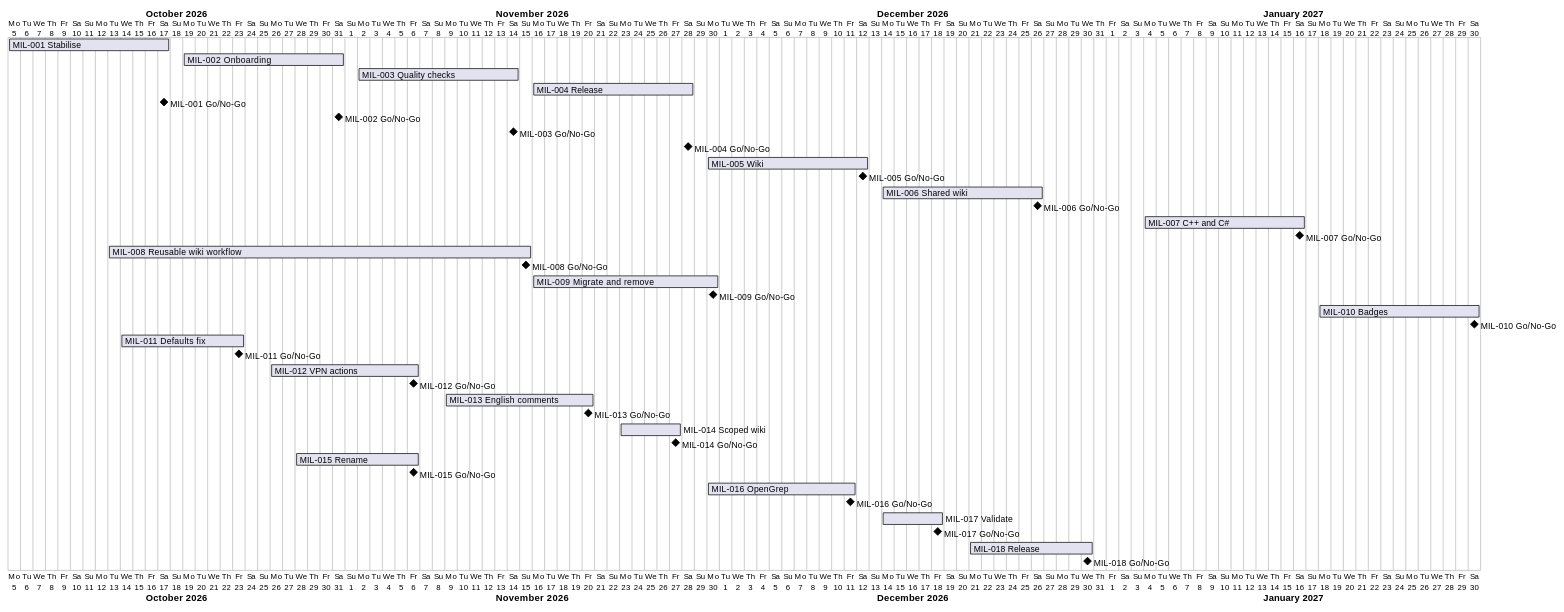
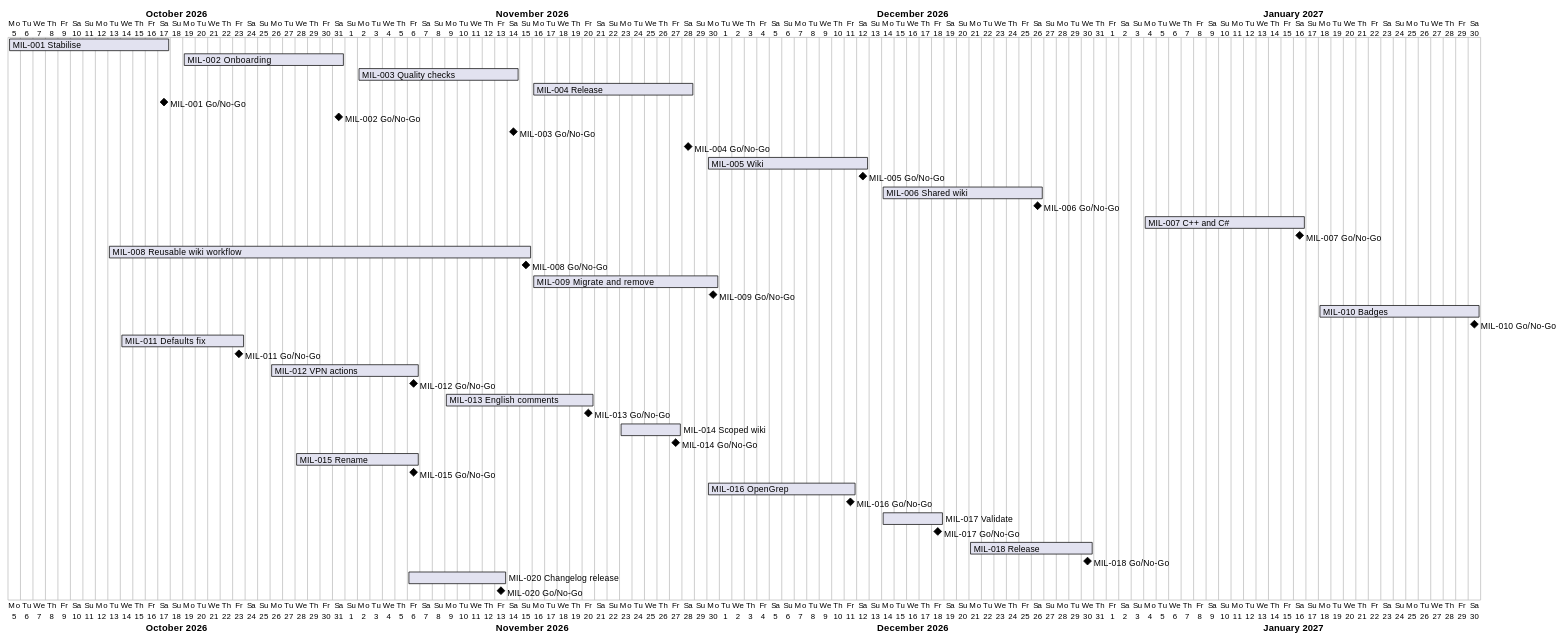
One commit to TirSystem/git-workflows changed the diagram in docs/project-plan.md. Above: the diagram before and after it, drawn with PlantUML. The commit also changed other lines of this file and 5 other files, not shown here.

Commit message:
Plan MIL-020: release when the changelog changes

````diff
--- a/docs/project-plan.md
+++ b/docs/project-plan.md
@@ -61,41 +63,43 @@
 ```plantuml
 @startgantt
 Project starts 2026-10-05
 [MIL-001 Stabilise] starts 2026-10-05 and ends 2026-10-17
 [MIL-002 Onboarding] starts 2026-10-19 and ends 2026-10-31
 [MIL-003 Quality checks] starts 2026-11-02 and ends 2026-11-14
 [MIL-004 Release] starts 2026-11-16 and ends 2026-11-28
 [MIL-001 Go/No-Go] happens 2026-10-17
 [MIL-002 Go/No-Go] happens 2026-10-31
 [MIL-003 Go/No-Go] happens 2026-11-14
 [MIL-004 Go/No-Go] happens 2026-11-28
 [MIL-005 Wiki] starts 2026-11-30 and ends 2026-12-12
 [MIL-005 Go/No-Go] happens 2026-12-12
 [MIL-006 Shared wiki] starts 2026-12-14 and ends 2026-12-26
 [MIL-006 Go/No-Go] happens 2026-12-26
 [MIL-007 C++ and C#] starts 2027-01-04 and ends 2027-01-16
 [MIL-007 Go/No-Go] happens 2027-01-16
 [MIL-008 Reusable wiki workflow] starts 2026-10-13 and ends 2026-11-15
 [MIL-008 Go/No-Go] happens 2026-11-15
 [MIL-009 Migrate and remove] starts 2026-11-16 and ends 2026-11-30
 [MIL-009 Go/No-Go] happens 2026-11-30
 [MIL-010 Badges] starts 2027-01-18 and ends 2027-01-30
 [MIL-010 Go/No-Go] happens 2027-01-30
 [MIL-011 Defaults fix] starts 2026-10-14 and ends 2026-10-23
 [MIL-011 Go/No-Go] happens 2026-10-23
 [MIL-012 VPN actions] starts 2026-10-26 and ends 2026-11-06
 [MIL-012 Go/No-Go] happens 2026-11-06
 [MIL-013 English comments] starts 2026-11-09 and ends 2026-11-20
 [MIL-013 Go/No-Go] happens 2026-11-20
 [MIL-014 Scoped wiki] starts 2026-11-23 and ends 2026-11-27
 [MIL-014 Go/No-Go] happens 2026-11-27
 [MIL-015 Rename] starts 2026-10-28 and ends 2026-11-06
 [MIL-015 Go/No-Go] happens 2026-11-06
 [MIL-016 OpenGrep] starts 2026-11-30 and ends 2026-12-11
 [MIL-016 Go/No-Go] happens 2026-12-11
 [MIL-017 Validate] starts 2026-12-14 and ends 2026-12-18
 [MIL-017 Go/No-Go] happens 2026-12-18
 [MIL-018 Release] starts 2026-12-21 and ends 2026-12-30
 [MIL-018 Go/No-Go] happens 2026-12-30
+[MIL-020 Changelog release] starts 2026-11-06 and ends 2026-11-13
+[MIL-020 Go/No-Go] happens 2026-11-13
 @endgantt
 ```
````
